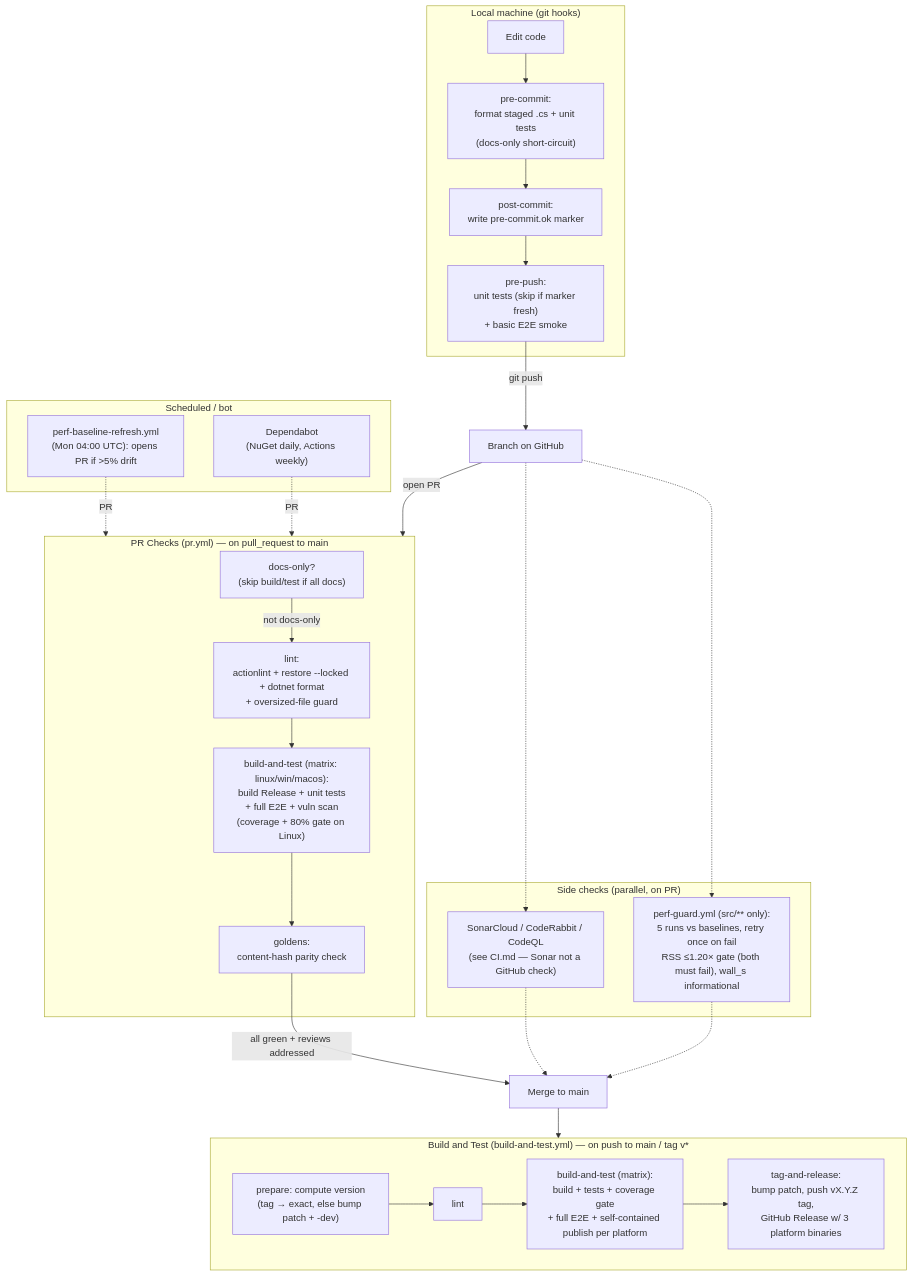
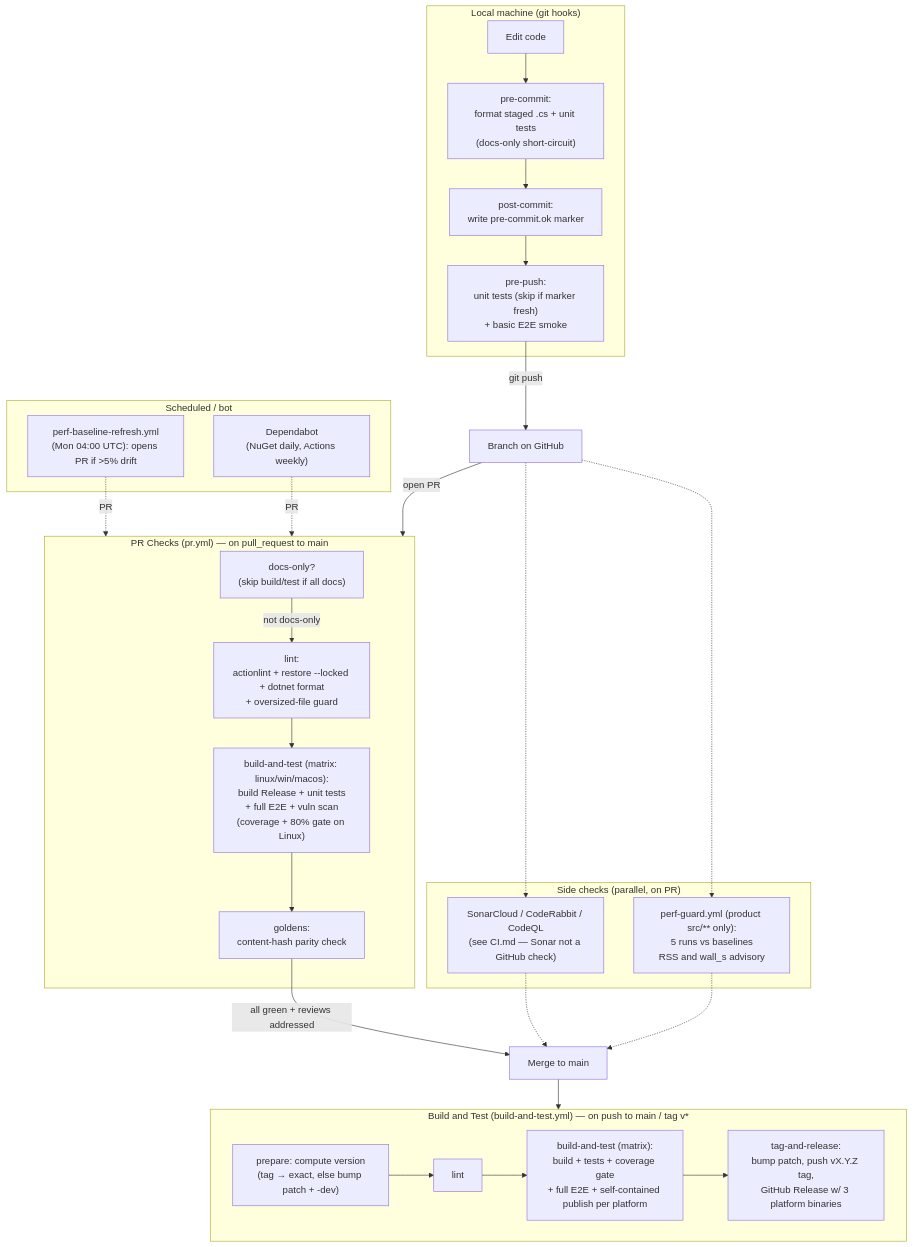
Before and after one commit to dwojtaszek/zipper: the diagram in docs/cicd.md, drawn with Mermaid. The commit also changed other lines of this file and 5 other files, not shown here.

Commit message:
fix: make peak RSS advisory on product changes (#1072)

````diff
--- a/docs/cicd.md
+++ b/docs/cicd.md
@@ -9,49 +9,49 @@
 ```mermaid
 flowchart TD
     subgraph local["Local machine (git hooks)"]
         edit["Edit code"]
         precommit["pre-commit:<br/>format staged .cs + unit tests<br/>(docs-only short-circuit)"]
         postcommit["post-commit:<br/>write pre-commit.ok marker"]
         prepush["pre-push:<br/>unit tests (skip if marker fresh)<br/>+ basic E2E smoke"]
         edit --> precommit --> postcommit --> prepush
     end
 
     prepush -->|git push| remote["Branch on GitHub"]
     remote -->|open PR| prpipe
 
     subgraph prpipe["PR Checks (pr.yml) — on pull_request to main"]
         docsonly["docs-only?<br/>(skip build/test if all docs)"]
         lint["lint:<br/>actionlint + restore --locked + dotnet format<br/>+ oversized-file guard"]
         bt["build-and-test (matrix: linux/win/macos):<br/>build Release + unit tests<br/>+ full E2E + vuln scan<br/>(coverage + 80% gate on Linux)"]
         gold["goldens:<br/>content-hash parity check"]
         docsonly -->|not docs-only| lint --> bt --> gold
     end
 
     subgraph side["Side checks (parallel, on PR)"]
-        perf["perf-guard.yml (src/** only):<br/>5 runs vs baselines, retry once on fail<br/>RSS ≤1.20× gate (both must fail), wall_s informational"]
+        perf["perf-guard.yml (product src/** only):<br/>5 runs vs baselines<br/>RSS and wall_s advisory"]
         sonar["SonarCloud / CodeRabbit / CodeQL<br/>(see CI.md — Sonar not a GitHub check)"]
     end
     remote -.-> perf
     remote -.-> sonar
 
     gold -->|all green + reviews addressed| merge["Merge to main"]
     perf -.-> merge
     sonar -.-> merge
 
     merge --> btmain
 
     subgraph btmain["Build and Test (build-and-test.yml) — on push to main / tag v*"]
         prep["prepare: compute version<br/>(tag → exact, else bump patch + -dev)"]
         lint2["lint"]
         bt2["build-and-test (matrix):<br/>build + tests + coverage gate<br/>+ full E2E + self-contained publish per platform"]
         rel["tag-and-release:<br/>bump patch, push vX.Y.Z tag,<br/>GitHub Release w/ 3 platform binaries"]
         prep --> lint2 --> bt2 --> rel
     end
 
     subgraph sched["Scheduled / bot"]
         baseline["perf-baseline-refresh.yml<br/>(Mon 04:00 UTC): opens PR if >5% drift"]
         dependabot["Dependabot<br/>(NuGet daily, Actions weekly)"]
     end
     baseline -.->|PR| prpipe
     dependabot -.->|PR| prpipe
 ```
````
